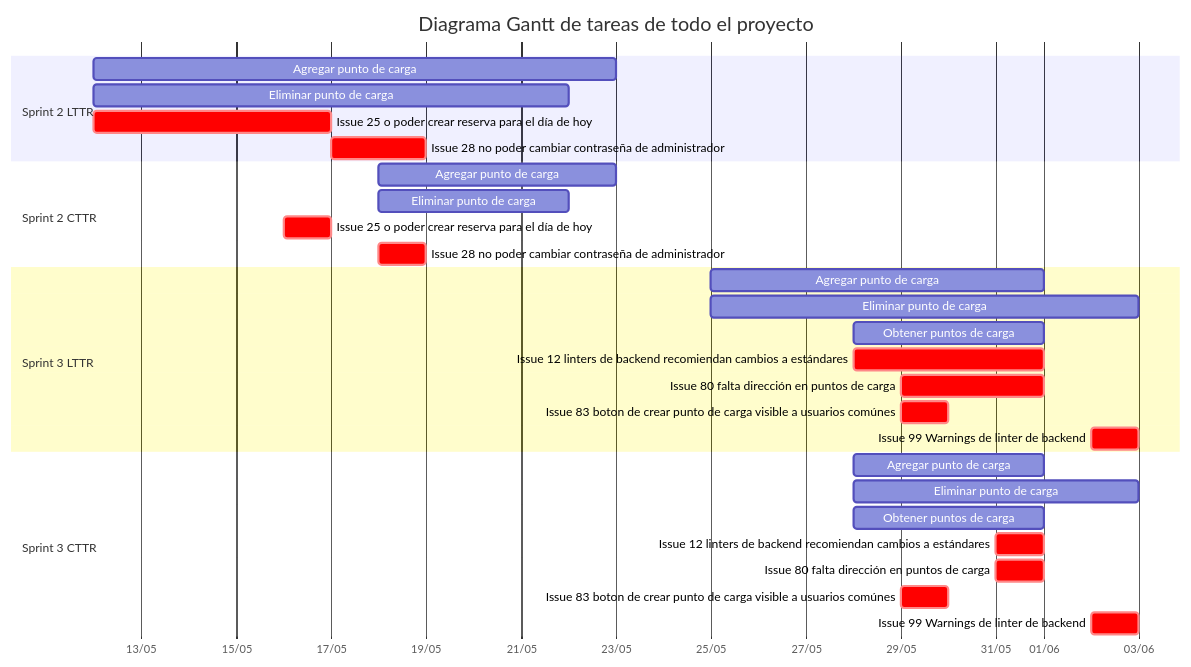
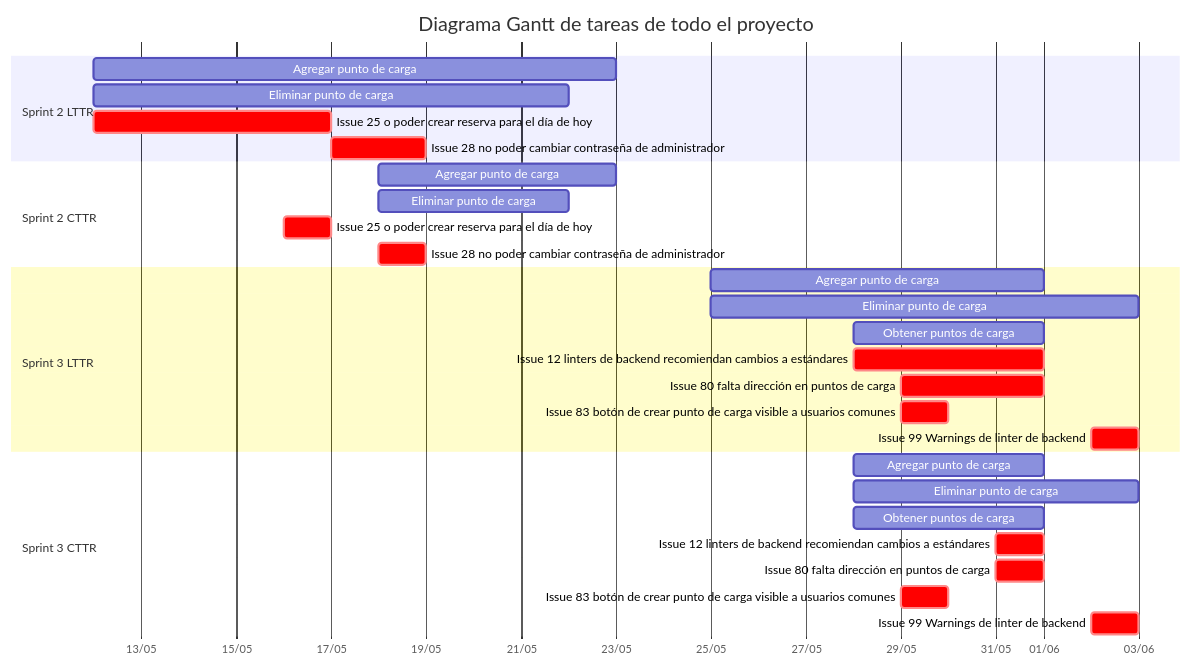
One commit to agustinferrari/Agile-Software-Engineering-2 changed the fourth of 4 diagrams in Documentation/MetricsAnalysis.md. Above: the diagram before and after it, drawn with Mermaid. The commit also changed other lines of this file and 9 other files, not shown here.

````diff
--- a/Documentation/MetricsAnalysis.md
+++ b/Documentation/MetricsAnalysis.md
@@ -339,38 +339,38 @@
 ```mermaid
 gantt
-%% Las fechas de fin estan todas aumentadas por un día para que la representacion
+%% Las fechas de fin están todas aumentadas por un día para que la representación
     dateFormat  DD/MM/YYYY
     axisFormat %d/%m
     title       Diagrama Gantt de tareas de todo el proyecto
-
+ 
     section Sprint 2 LTTR
     Agregar punto de carga            :a,    12/05/2022, 23/05/2022
     Eliminar punto de carga            :a,    12/05/2022, 22/05/2022
     Issue 25 o poder crear reserva para el día de hoy :crit, 12/05/2022, 17/05/2022
     Issue 28 no poder cambiar contraseña de administrador :crit, 17/05/2022, 19/05/2022
-
+ 
     section Sprint 2 CTTR
     Agregar punto de carga            :a,    18/05/2022, 23/05/2022
     Eliminar punto de carga            :a,    18/05/2022, 22/05/2022
     Issue 25 o poder crear reserva para el día de hoy :crit, 16/05/2022, 1d
     Issue 28 no poder cambiar contraseña de administrador :crit, 18/05/2022, 1d
-
-
+ 
+ 
     section Sprint 3 LTTR
-    Agregar punto de carga            :a,    25/05/2022	, 01/06/2022
-    Eliminar punto de carga            :a,    25/05/2022	, 03/06/2022
+    Agregar punto de carga            :a,    25/05/2022   , 01/06/2022
+    Eliminar punto de carga            :a,    25/05/2022   , 03/06/2022
     Obtener puntos de carga :a, 28/05/2022, 01/06/2022
     Issue 12 linters de backend recomiendan cambios a estándares :crit, 28/05/2022, 01/06/2022
     Issue 80 falta dirección en puntos de carga :crit, 29/05/2022, 01/06/2022
-    Issue 83 boton de crear punto de carga visible a usuarios comúnes :crit, 29/05/2022, 1d
+    Issue 83 botón de crear punto de carga visible a usuarios comunes :crit, 29/05/2022, 1d
     Issue 99 Warnings de linter de backend :crit, 02/06/2022, 1d
-
+ 
     section Sprint 3 CTTR
-    Agregar punto de carga            :a,    28/05/2022	, 01/06/2022
-    Eliminar punto de carga            :a,    28/05/2022	, 03/06/2022
+    Agregar punto de carga            :a,    28/05/2022   , 01/06/2022
+    Eliminar punto de carga            :a,    28/05/2022   , 03/06/2022
     Obtener puntos de carga :a, 28/05/2022, 01/06/2022
     Issue 12 linters de backend recomiendan cambios a estándares :crit, 31/05/2022, 1d
     Issue 80 falta dirección en puntos de carga :crit, 31/05/2022, 1d
-    Issue 83 boton de crear punto de carga visible a usuarios comúnes :crit, 29/05/2022, 1d
+    Issue 83 botón de crear punto de carga visible a usuarios comunes :crit, 29/05/2022, 1d
     Issue 99 Warnings de linter de backend :crit, 02/06/2022, 1d
 ```
````
